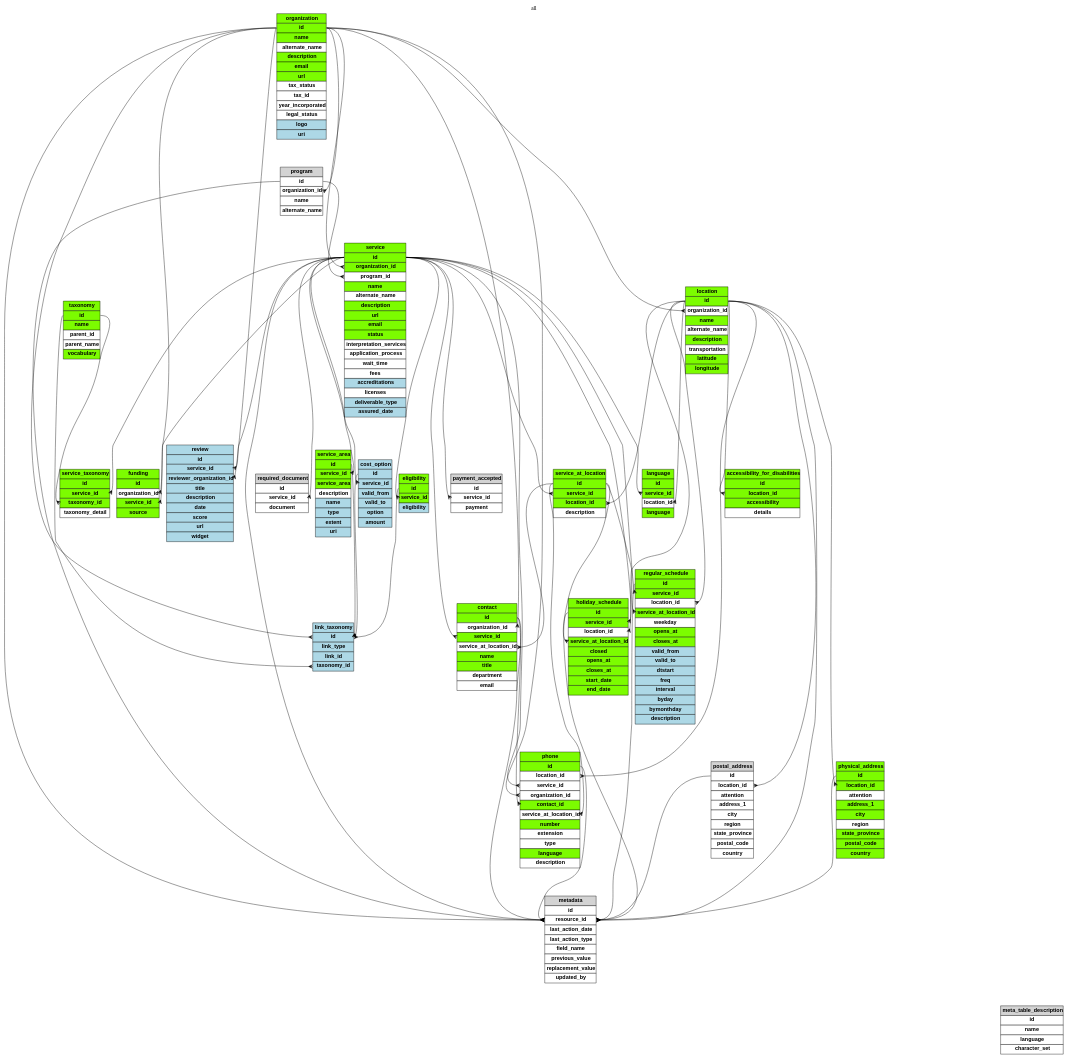
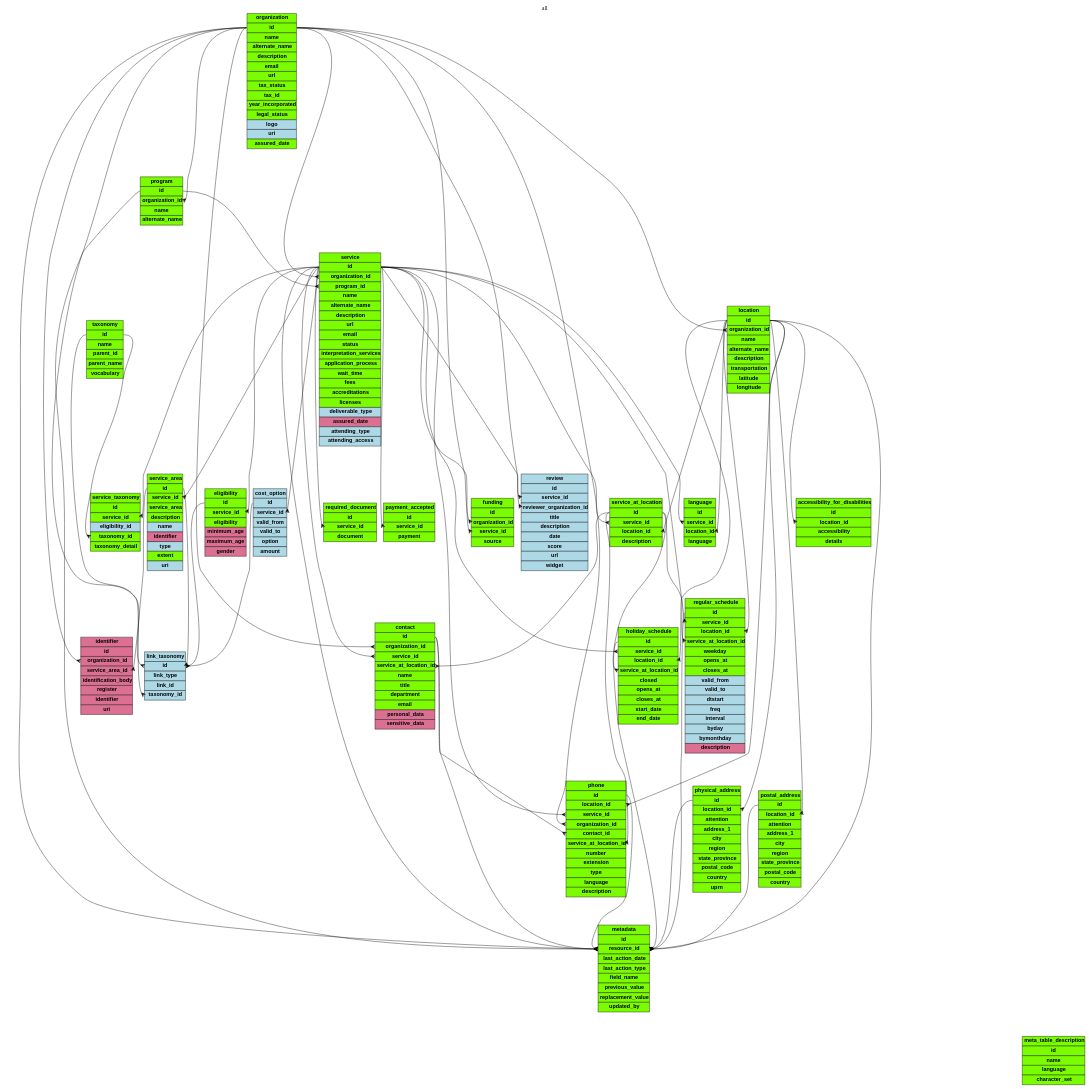
Before and after one commit to OpenReferralUK/human-services: the diagram in Schemas/all.gv, drawn with Graphviz. The commit also changed 38 other files, not shown here.

```diff
--- a/Schemas/all.gv
+++ b/Schemas/all.gv
@@ -16,28 +16,46 @@
 <tr><td bgcolor="lawngreen"><b>organization</b></td></tr>
 <tr><td port='id'  bgcolor="lawngreen"><b>id</b></td></tr>
 <tr><td  bgcolor="lawngreen"><b>name</b></td></tr>
-<tr><td  bgcolor="white"><b>alternate_name</b></td></tr>
+<tr><td  bgcolor="lawngreen"><b>alternate_name</b></td></tr>
 <tr><td  bgcolor="lawngreen"><b>description</b></td></tr>
 <tr><td  bgcolor="lawngreen"><b>email</b></td></tr>
 <tr><td  bgcolor="lawngreen"><b>url</b></td></tr>
-<tr><td  bgcolor="white"><b>tax_status</b></td></tr>
-<tr><td  bgcolor="white"><b>tax_id</b></td></tr>
-<tr><td  bgcolor="white"><b>year_incorporated</b></td></tr>
-<tr><td  bgcolor="white"><b>legal_status</b></td></tr>
+<tr><td  bgcolor="lawngreen"><b>tax_status</b></td></tr>
+<tr><td  bgcolor="lawngreen"><b>tax_id</b></td></tr>
+<tr><td  bgcolor="lawngreen"><b>year_incorporated</b></td></tr>
+<tr><td  bgcolor="lawngreen"><b>legal_status</b></td></tr>
 <tr><td  bgcolor="lightblue"><b>logo</b></td></tr>
 <tr><td  bgcolor="lightblue"><b>uri</b></td></tr>
+<tr><td  bgcolor="lawngreen"><b>assured_date</b></td></tr>
 </table>
 >]
 
 
 
+identifier [label=<
+<table border="0" cellborder="1" cellspacing="0" cellpadding="4">
+<tr><td bgcolor="palevioletred"><b>identifier</b></td></tr>
+<tr><td port='id'  bgcolor="palevioletred"><b>id</b></td></tr>
+<tr><td port='organization_id'  bgcolor="palevioletred"><b>organization_id</b></td></tr>
+<tr><td port='service_area_id'  bgcolor="palevioletred"><b>service_area_id</b></td></tr>
+<tr><td  bgcolor="palevioletred"><b>identification_body</b></td></tr>
+<tr><td  bgcolor="palevioletred"><b>register</b></td></tr>
+<tr><td  bgcolor="palevioletred"><b>identifier</b></td></tr>
+<tr><td  bgcolor="palevioletred"><b>uri</b></td></tr>
+</table>
+>]
+
+organization:id -> identifier:organization_id;
+service_area:id -> identifier:service_area_id;
+
+
 program [label=<
 <table border="0" cellborder="1" cellspacing="0" cellpadding="4">
-<tr><td bgcolor="lightgrey"><b>program</b></td></tr>
-<tr><td port='id'  bgcolor="white"><b>id</b></td></tr>
-<tr><td port='organization_id'  bgcolor="white"><b>organization_id</b></td></tr>
-<tr><td  bgcolor="white"><b>name</b></td></tr>
-<tr><td  bgcolor="white"><b>alternate_name</b></td></tr>
+<tr><td bgcolor="lawngreen"><b>program</b></td></tr>
+<tr><td port='id'  bgcolor="lawngreen"><b>id</b></td></tr>
+<tr><td port='organization_id'  bgcolor="lawngreen"><b>organization_id</b></td></tr>
+<tr><td  bgcolor="lawngreen"><b>name</b></td></tr>
+<tr><td  bgcolor="lawngreen"><b>alternate_name</b></td></tr>
 </table>
 >]
 
@@ -49,21 +67,23 @@
 <tr><td bgcolor="lawngreen"><b>service</b></td></tr>
 <tr><td port='id'  bgcolor="lawngreen"><b>id</b></td></tr>
 <tr><td port='organization_id'  bgcolor="lawngreen"><b>organization_id</b></td></tr>
-<tr><td port='program_id'  bgcolor="white"><b>program_id</b></td></tr>
+<tr><td port='program_id'  bgcolor="lawngreen"><b>program_id</b></td></tr>
 <tr><td  bgcolor="lawngreen"><b>name</b></td></tr>
-<tr><td  bgcolor="white"><b>alternate_name</b></td></tr>
+<tr><td  bgcolor="lawngreen"><b>alternate_name</b></td></tr>
 <tr><td  bgcolor="lawngreen"><b>description</b></td></tr>
 <tr><td  bgcolor="lawngreen"><b>url</b></td></tr>
 <tr><td  bgcolor="lawngreen"><b>email</b></td></tr>
 <tr><td  bgcolor="lawngreen"><b>status</b></td></tr>
-<tr><td  bgcolor="white"><b>interpretation_services</b></td></tr>
-<tr><td  bgcolor="white"><b>application_process</b></td></tr>
-<tr><td  bgcolor="white"><b>wait_time</b></td></tr>
-<tr><td  bgcolor="white"><b>fees</b></td></tr>
-<tr><td  bgcolor="lightblue"><b>accreditations</b></td></tr>
-<tr><td  bgcolor="white"><b>licenses</b></td></tr>
+<tr><td  bgcolor="lawngreen"><b>interpretation_services</b></td></tr>
+<tr><td  bgcolor="lawngreen"><b>application_process</b></td></tr>
+<tr><td  bgcolor="lawngreen"><b>wait_time</b></td></tr>
+<tr><td  bgcolor="lawngreen"><b>fees</b></td></tr>
+<tr><td  bgcolor="lawngreen"><b>accreditations</b></td></tr>
+<tr><td  bgcolor="lawngreen"><b>licenses</b></td></tr>
 <tr><td  bgcolor="lightblue"><b>deliverable_type</b></td></tr>
-<tr><td  bgcolor="lightblue"><b>assured_date</b></td></tr>
+<tr><td  bgcolor="palevioletred"><b>assured_date</b></td></tr>
+<tr><td  bgcolor="lightblue"><b>attending_type</b></td></tr>
+<tr><td  bgcolor="lightblue"><b>attending_access</b></td></tr>
 </table>
 >]
 
@@ -76,8 +96,9 @@
 <tr><td bgcolor="lawngreen"><b>service_taxonomy</b></td></tr>
 <tr><td port='id'  bgcolor="lawngreen"><b>id</b></td></tr>
 <tr><td port='service_id'  bgcolor="lawngreen"><b>service_id</b></td></tr>
+<tr><td  bgcolor="lightblue"><b>eligibility_id</b></td></tr>
 <tr><td port='taxonomy_id'  bgcolor="lawngreen"><b>taxonomy_id</b></td></tr>
-<tr><td  bgcolor="white"><b>taxonomy_detail</b></td></tr>
+<tr><td  bgcolor="lawngreen"><b>taxonomy_detail</b></td></tr>
 </table>
 >]
 
@@ -91,7 +112,7 @@
 <tr><td port='id'  bgcolor="lawngreen"><b>id</b></td></tr>
 <tr><td port='service_id'  bgcolor="lawngreen"><b>service_id</b></td></tr>
 <tr><td port='location_id'  bgcolor="lawngreen"><b>location_id</b></td></tr>
-<tr><td  bgcolor="white"><b>description</b></td></tr>
+<tr><td  bgcolor="lawngreen"><b>description</b></td></tr>
 </table>
 >]
 
@@ -103,11 +124,11 @@
 <table border="0" cellborder="1" cellspacing="0" cellpadding="4">
 <tr><td bgcolor="lawngreen"><b>location</b></td></tr>
 <tr><td port='id'  bgcolor="lawngreen"><b>id</b></td></tr>
-<tr><td port='organization_id'  bgcolor="white"><b>organization_id</b></td></tr>
+<tr><td port='organization_id'  bgcolor="lawngreen"><b>organization_id</b></td></tr>
 <tr><td  bgcolor="lawngreen"><b>name</b></td></tr>
-<tr><td  bgcolor="white"><b>alternate_name</b></td></tr>
+<tr><td  bgcolor="lawngreen"><b>alternate_name</b></td></tr>
 <tr><td  bgcolor="lawngreen"><b>description</b></td></tr>
-<tr><td  bgcolor="white"><b>transportation</b></td></tr>
+<tr><td  bgcolor="lawngreen"><b>transportation</b></td></tr>
 <tr><td  bgcolor="lawngreen"><b>latitude</b></td></tr>
 <tr><td  bgcolor="lawngreen"><b>longitude</b></td></tr>
 </table>
@@ -120,16 +141,16 @@
 <table border="0" cellborder="1" cellspacing="0" cellpadding="4">
 <tr><td bgcolor="lawngreen"><b>phone</b></td></tr>
 <tr><td port='id'  bgcolor="lawngreen"><b>id</b></td></tr>
-<tr><td port='location_id'  bgcolor="white"><b>location_id</b></td></tr>
-<tr><td port='service_id'  bgcolor="white"><b>service_id</b></td></tr>
-<tr><td port='organization_id'  bgcolor="white"><b>organization_id</b></td></tr>
+<tr><td port='location_id'  bgcolor="lawngreen"><b>location_id</b></td></tr>
+<tr><td port='service_id'  bgcolor="lawngreen"><b>service_id</b></td></tr>
+<tr><td port='organization_id'  bgcolor="lawngreen"><b>organization_id</b></td></tr>
 <tr><td port='contact_id'  bgcolor="lawngreen"><b>contact_id</b></td></tr>
-<tr><td port='service_at_location_id'  bgcolor="white"><b>service_at_location_id</b></td></tr>
+<tr><td port='service_at_location_id'  bgcolor="lawngreen"><b>service_at_location_id</b></td></tr>
 <tr><td  bgcolor="lawngreen"><b>number</b></td></tr>
-<tr><td  bgcolor="white"><b>extension</b></td></tr>
-<tr><td  bgcolor="white"><b>type</b></td></tr>
+<tr><td  bgcolor="lawngreen"><b>extension</b></td></tr>
+<tr><td  bgcolor="lawngreen"><b>type</b></td></tr>
 <tr><td  bgcolor="lawngreen"><b>language</b></td></tr>
-<tr><td  bgcolor="white"><b>description</b></td></tr>
+<tr><td  bgcolor="lawngreen"><b>description</b></td></tr>
 </table>
 >]
 
@@ -144,13 +165,15 @@
 <table border="0" cellborder="1" cellspacing="0" cellpadding="4">
 <tr><td bgcolor="lawngreen"><b>contact</b></td></tr>
 <tr><td port='id'  bgcolor="lawngreen"><b>id</b></td></tr>
-<tr><td port='organization_id'  bgcolor="white"><b>organization_id</b></td></tr>
+<tr><td port='organization_id'  bgcolor="lawngreen"><b>organization_id</b></td></tr>
 <tr><td port='service_id'  bgcolor="lawngreen"><b>service_id</b></td></tr>
-<tr><td port='service_at_location_id'  bgcolor="white"><b>service_at_location_id</b></td></tr>
+<tr><td port='service_at_location_id'  bgcolor="lawngreen"><b>service_at_location_id</b></td></tr>
 <tr><td  bgcolor="lawngreen"><b>name</b></td></tr>
 <tr><td  bgcolor="lawngreen"><b>title</b></td></tr>
-<tr><td  bgcolor="white"><b>department</b></td></tr>
-<tr><td  bgcolor="white"><b>email</b></td></tr>
+<tr><td  bgcolor="lawngreen"><b>department</b></td></tr>
+<tr><td  bgcolor="lawngreen"><b>email</b></td></tr>
+<tr><td  bgcolor="palevioletred"><b>personal_data</b></td></tr>
+<tr><td  bgcolor="palevioletred"><b>sensitive_data</b></td></tr>
 </table>
 >]
 
@@ -164,13 +187,14 @@
 <tr><td bgcolor="lawngreen"><b>physical_address</b></td></tr>
 <tr><td port='id'  bgcolor="lawngreen"><b>id</b></td></tr>
 <tr><td port='location_id'  bgcolor="lawngreen"><b>location_id</b></td></tr>
-<tr><td  bgcolor="white"><b>attention</b></td></tr>
+<tr><td  bgcolor="lawngreen"><b>attention</b></td></tr>
 <tr><td  bgcolor="lawngreen"><b>address_1</b></td></tr>
 <tr><td  bgcolor="lawngreen"><b>city</b></td></tr>
-<tr><td  bgcolor="white"><b>region</b></td></tr>
+<tr><td  bgcolor="lawngreen"><b>region</b></td></tr>
 <tr><td  bgcolor="lawngreen"><b>state_province</b></td></tr>
 <tr><td  bgcolor="lawngreen"><b>postal_code</b></td></tr>
 <tr><td  bgcolor="lawngreen"><b>country</b></td></tr>
+<tr><td  bgcolor="lawngreen"><b>uprn</b></td></tr>
 </table>
 >]
 
@@ -179,16 +203,16 @@
 
 postal_address [label=<
 <table border="0" cellborder="1" cellspacing="0" cellpadding="4">
-<tr><td bgcolor="lightgrey"><b>postal_address</b></td></tr>
-<tr><td port='id'  bgcolor="white"><b>id</b></td></tr>
-<tr><td port='location_id'  bgcolor="white"><b>location_id</b></td></tr>
-<tr><td  bgcolor="white"><b>attention</b></td></tr>
-<tr><td  bgcolor="white"><b>address_1</b></td></tr>
-<tr><td  bgcolor="white"><b>city</b></td></tr>
-<tr><td  bgcolor="white"><b>region</b></td></tr>
-<tr><td  bgcolor="white"><b>state_province</b></td></tr>
-<tr><td  bgcolor="white"><b>postal_code</b></td></tr>
-<tr><td  bgcolor="white"><b>country</b></td></tr>
+<tr><td bgcolor="lawngreen"><b>postal_address</b></td></tr>
+<tr><td port='id'  bgcolor="lawngreen"><b>id</b></td></tr>
+<tr><td port='location_id'  bgcolor="lawngreen"><b>location_id</b></td></tr>
+<tr><td  bgcolor="lawngreen"><b>attention</b></td></tr>
+<tr><td  bgcolor="lawngreen"><b>address_1</b></td></tr>
+<tr><td  bgcolor="lawngreen"><b>city</b></td></tr>
+<tr><td  bgcolor="lawngreen"><b>region</b></td></tr>
+<tr><td  bgcolor="lawngreen"><b>state_province</b></td></tr>
+<tr><td  bgcolor="lawngreen"><b>postal_code</b></td></tr>
+<tr><td  bgcolor="lawngreen"><b>country</b></td></tr>
 </table>
 >]
 
@@ -200,9 +224,9 @@
 <tr><td bgcolor="lawngreen"><b>regular_schedule</b></td></tr>
 <tr><td port='id'  bgcolor="lawngreen"><b>id</b></td></tr>
 <tr><td port='service_id'  bgcolor="lawngreen"><b>service_id</b></td></tr>
-<tr><td port='location_id'  bgcolor="white"><b>location_id</b></td></tr>
+<tr><td port='location_id'  bgcolor="lawngreen"><b>location_id</b></td></tr>
 <tr><td port='service_at_location_id'  bgcolor="lawngreen"><b>service_at_location_id</b></td></tr>
-<tr><td  bgcolor="white"><b>weekday</b></td></tr>
+<tr><td  bgcolor="lawngreen"><b>weekday</b></td></tr>
 <tr><td  bgcolor="lawngreen"><b>opens_at</b></td></tr>
 <tr><td  bgcolor="lawngreen"><b>closes_at</b></td></tr>
 <tr><td  bgcolor="lightblue"><b>valid_from</b></td></tr>
@@ -212,7 +236,7 @@
 <tr><td  bgcolor="lightblue"><b>interval</b></td></tr>
 <tr><td  bgcolor="lightblue"><b>byday</b></td></tr>
 <tr><td  bgcolor="lightblue"><b>bymonthday</b></td></tr>
-<tr><td  bgcolor="lightblue"><b>description</b></td></tr>
+<tr><td  bgcolor="palevioletred"><b>description</b></td></tr>
 </table>
 >]
 
@@ -226,7 +250,7 @@
 <tr><td bgcolor="lawngreen"><b>holiday_schedule</b></td></tr>
 <tr><td port='id'  bgcolor="lawngreen"><b>id</b></td></tr>
 <tr><td port='service_id'  bgcolor="lawngreen"><b>service_id</b></td></tr>
-<tr><td port='location_id'  bgcolor="white"><b>location_id</b></td></tr>
+<tr><td port='location_id'  bgcolor="lawngreen"><b>location_id</b></td></tr>
 <tr><td port='service_at_location_id'  bgcolor="lawngreen"><b>service_at_location_id</b></td></tr>
 <tr><td  bgcolor="lawngreen"><b>closed</b></td></tr>
 <tr><td  bgcolor="lawngreen"><b>opens_at</b></td></tr>
@@ -245,7 +269,7 @@
 <table border="0" cellborder="1" cellspacing="0" cellpadding="4">
 <tr><td bgcolor="lawngreen"><b>funding</b></td></tr>
 <tr><td port='id'  bgcolor="lawngreen"><b>id</b></td></tr>
-<tr><td port='organization_id'  bgcolor="white"><b>organization_id</b></td></tr>
+<tr><td port='organization_id'  bgcolor="lawngreen"><b>organization_id</b></td></tr>
 <tr><td port='service_id'  bgcolor="lawngreen"><b>service_id</b></td></tr>
 <tr><td  bgcolor="lawngreen"><b>source</b></td></tr>
 </table>
@@ -260,7 +284,10 @@
 <tr><td bgcolor="lawngreen"><b>eligibility</b></td></tr>
 <tr><td port='id'  bgcolor="lawngreen"><b>id</b></td></tr>
 <tr><td port='service_id'  bgcolor="lawngreen"><b>service_id</b></td></tr>
-<tr><td  bgcolor="lightblue"><b>eligibility</b></td></tr>
+<tr><td  bgcolor="lawngreen"><b>eligibility</b></td></tr>
+<tr><td  bgcolor="palevioletred"><b>minimum_age</b></td></tr>
+<tr><td  bgcolor="palevioletred"><b>maximum_age</b></td></tr>
+<tr><td  bgcolor="palevioletred"><b>gender</b></td></tr>
 </table>
 >]
 
@@ -273,10 +300,11 @@
 <tr><td port='id'  bgcolor="lawngreen"><b>id</b></td></tr>
 <tr><td port='service_id'  bgcolor="lawngreen"><b>service_id</b></td></tr>
 <tr><td  bgcolor="lawngreen"><b>service_area</b></td></tr>
-<tr><td  bgcolor="white"><b>description</b></td></tr>
+<tr><td  bgcolor="lawngreen"><b>description</b></td></tr>
 <tr><td  bgcolor="lightblue"><b>name</b></td></tr>
+<tr><td  bgcolor="palevioletred"><b>identifier</b></td></tr>
 <tr><td  bgcolor="lightblue"><b>type</b></td></tr>
-<tr><td  bgcolor="lightblue"><b>extent</b></td></tr>
+<tr><td  bgcolor="lawngreen"><b>extent</b></td></tr>
 <tr><td  bgcolor="lightblue"><b>uri</b></td></tr>
 </table>
 >]
@@ -286,10 +314,10 @@
 
 required_document [label=<
 <table border="0" cellborder="1" cellspacing="0" cellpadding="4">
-<tr><td bgcolor="lightgrey"><b>required_document</b></td></tr>
-<tr><td port='id'  bgcolor="white"><b>id</b></td></tr>
-<tr><td port='service_id'  bgcolor="white"><b>service_id</b></td></tr>
-<tr><td  bgcolor="white"><b>document</b></td></tr>
+<tr><td bgcolor="lawngreen"><b>required_document</b></td></tr>
+<tr><td port='id'  bgcolor="lawngreen"><b>id</b></td></tr>
+<tr><td port='service_id'  bgcolor="lawngreen"><b>service_id</b></td></tr>
+<tr><td  bgcolor="lawngreen"><b>document</b></td></tr>
 </table>
 >]
 
@@ -298,10 +326,10 @@
 
 payment_accepted [label=<
 <table border="0" cellborder="1" cellspacing="0" cellpadding="4">
-<tr><td bgcolor="lightgrey"><b>payment_accepted</b></td></tr>
-<tr><td port='id'  bgcolor="white"><b>id</b></td></tr>
-<tr><td port='service_id'  bgcolor="white"><b>service_id</b></td></tr>
-<tr><td  bgcolor="white"><b>payment</b></td></tr>
+<tr><td bgcolor="lawngreen"><b>payment_accepted</b></td></tr>
+<tr><td port='id'  bgcolor="lawngreen"><b>id</b></td></tr>
+<tr><td port='service_id'  bgcolor="lawngreen"><b>service_id</b></td></tr>
+<tr><td  bgcolor="lawngreen"><b>payment</b></td></tr>
 </table>
 >]
 
@@ -313,7 +341,7 @@
 <tr><td bgcolor="lawngreen"><b>language</b></td></tr>
 <tr><td port='id'  bgcolor="lawngreen"><b>id</b></td></tr>
 <tr><td port='service_id'  bgcolor="lawngreen"><b>service_id</b></td></tr>
-<tr><td port='location_id'  bgcolor="white"><b>location_id</b></td></tr>
+<tr><td port='location_id'  bgcolor="lawngreen"><b>location_id</b></td></tr>
 <tr><td  bgcolor="lawngreen"><b>language</b></td></tr>
 </table>
 >]
@@ -328,7 +356,7 @@
 <tr><td port='id'  bgcolor="lawngreen"><b>id</b></td></tr>
 <tr><td port='location_id'  bgcolor="lawngreen"><b>location_id</b></td></tr>
 <tr><td  bgcolor="lawngreen"><b>accessibility</b></td></tr>
-<tr><td  bgcolor="white"><b>details</b></td></tr>
+<tr><td  bgcolor="lawngreen"><b>details</b></td></tr>
 </table>
 >]
 
@@ -340,8 +368,8 @@
 <tr><td bgcolor="lawngreen"><b>taxonomy</b></td></tr>
 <tr><td port='id'  bgcolor="lawngreen"><b>id</b></td></tr>
 <tr><td  bgcolor="lawngreen"><b>name</b></td></tr>
-<tr><td  bgcolor="white"><b>parent_id</b></td></tr>
-<tr><td  bgcolor="white"><b>parent_name</b></td></tr>
+<tr><td  bgcolor="lawngreen"><b>parent_id</b></td></tr>
+<tr><td  bgcolor="lawngreen"><b>parent_name</b></td></tr>
 <tr><td  bgcolor="lawngreen"><b>vocabulary</b></td></tr>
 </table>
 >]
@@ -350,15 +378,15 @@
 
 metadata [label=<
 <table border="0" cellborder="1" cellspacing="0" cellpadding="4">
-<tr><td bgcolor="lightgrey"><b>metadata</b></td></tr>
-<tr><td port='id'  bgcolor="white"><b>id</b></td></tr>
-<tr><td port='resource_id'  bgcolor="white"><b>resource_id</b></td></tr>
-<tr><td  bgcolor="white"><b>last_action_date</b></td></tr>
-<tr><td  bgcolor="white"><b>last_action_type</b></td></tr>
-<tr><td  bgcolor="white"><b>field_name</b></td></tr>
-<tr><td  bgcolor="white"><b>previous_value</b></td></tr>
-<tr><td  bgcolor="white"><b>replacement_value</b></td></tr>
-<tr><td  bgcolor="white"><b>updated_by</b></td></tr>
+<tr><td bgcolor="lawngreen"><b>metadata</b></td></tr>
+<tr><td port='id'  bgcolor="lawngreen"><b>id</b></td></tr>
+<tr><td port='resource_id'  bgcolor="lawngreen"><b>resource_id</b></td></tr>
+<tr><td  bgcolor="lawngreen"><b>last_action_date</b></td></tr>
+<tr><td  bgcolor="lawngreen"><b>last_action_type</b></td></tr>
+<tr><td  bgcolor="lawngreen"><b>field_name</b></td></tr>
+<tr><td  bgcolor="lawngreen"><b>previous_value</b></td></tr>
+<tr><td  bgcolor="lawngreen"><b>replacement_value</b></td></tr>
+<tr><td  bgcolor="lawngreen"><b>updated_by</b></td></tr>
 </table>
 >]
 
@@ -376,11 +404,11 @@
 
 meta_table_description [label=<
 <table border="0" cellborder="1" cellspacing="0" cellpadding="4">
-<tr><td bgcolor="lightgrey"><b>meta_table_description</b></td></tr>
-<tr><td port='id'  bgcolor="white"><b>id</b></td></tr>
-<tr><td  bgcolor="white"><b>name</b></td></tr>
-<tr><td  bgcolor="white"><b>language</b></td></tr>
-<tr><td  bgcolor="white"><b>character_set</b></td></tr>
+<tr><td bgcolor="lawngreen"><b>meta_table_description</b></td></tr>
+<tr><td port='id'  bgcolor="lawngreen"><b>id</b></td></tr>
+<tr><td  bgcolor="lawngreen"><b>name</b></td></tr>
+<tr><td  bgcolor="lawngreen"><b>language</b></td></tr>
+<tr><td  bgcolor="lawngreen"><b>character_set</b></td></tr>
 </table>
 >]
 
```
